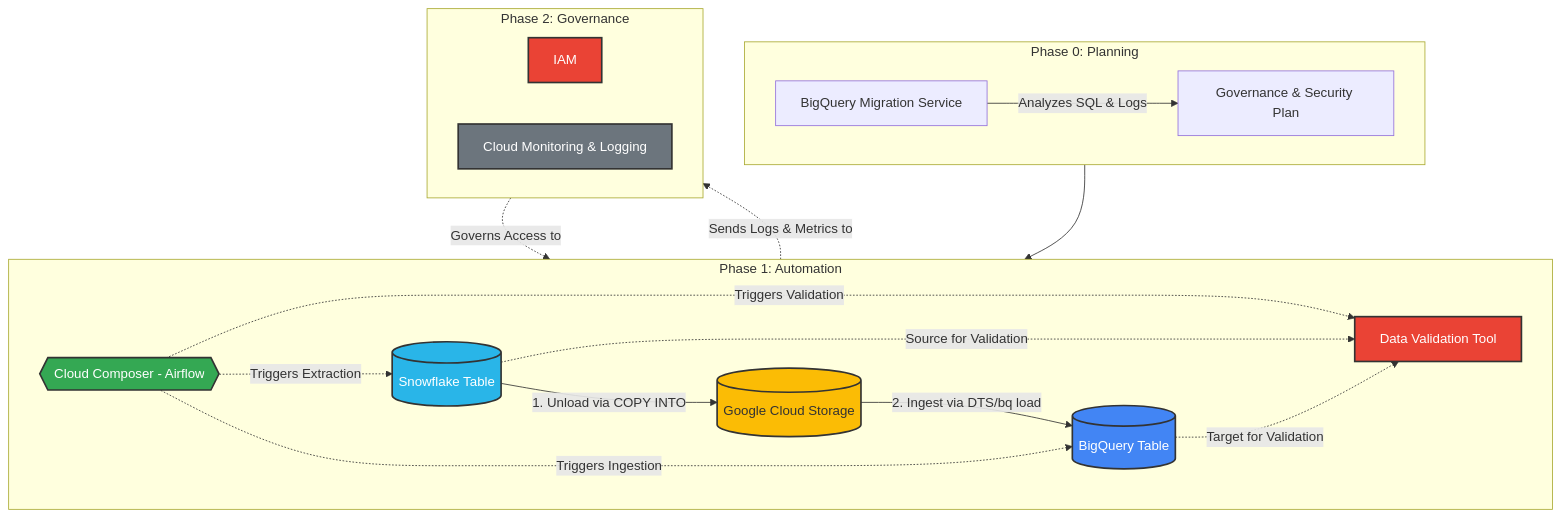
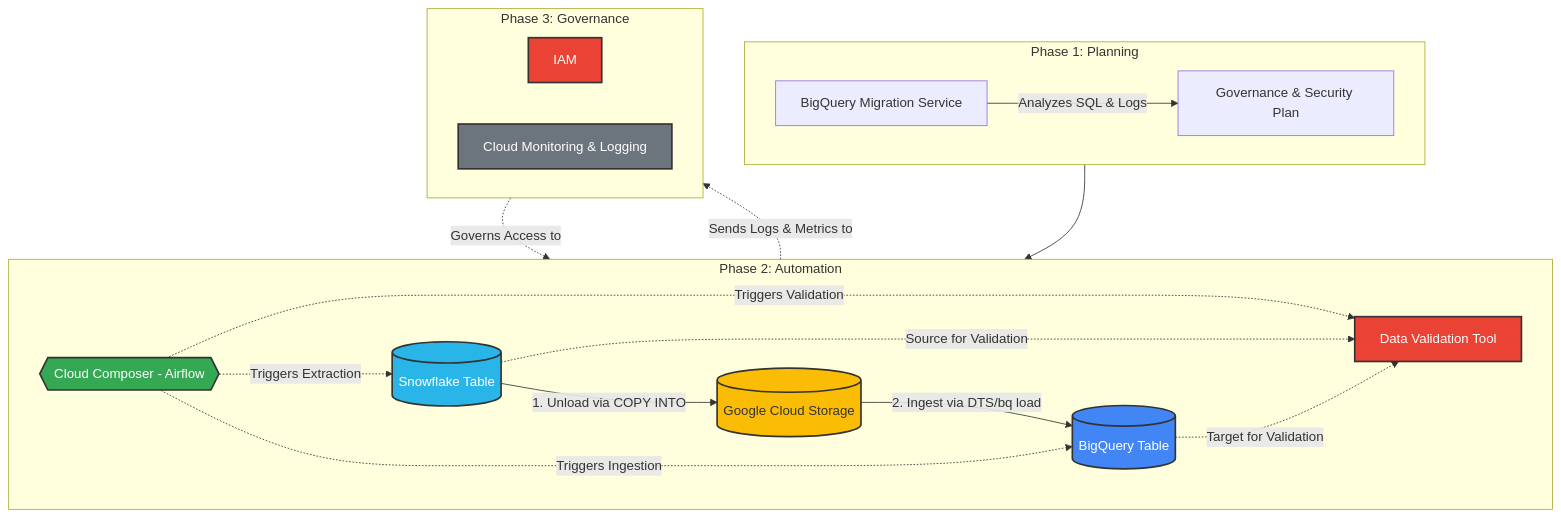
Before and after one commit to BrunoChiconato/snowflake-bigquery-migration: the diagram in README.md, drawn with Mermaid.

Commit message:
docs: align phase numbering in diagram with README text
- Updates Mermaid diagram to match textual phase numbering
- Ensures consistency between visual and written documentation

````diff
--- a/README.md
+++ b/README.md
@@ -7,43 +7,43 @@
 ```mermaid
 graph TD
     classDef snowflake fill:#29B5E8,stroke:#333,stroke-width:2px,color:#fff
     classDef gcp_storage fill:#FBBC05,stroke:#333,stroke-width:2px,color:#333
     classDef gcp_dwh fill:#4285F4,stroke:#333,stroke-width:2px,color:#fff
     classDef gcp_orchestration fill:#34A853,stroke:#333,stroke-width:2px,color:#fff
     classDef gcp_governance fill:#EA4335,stroke:#333,stroke-width:2px,color:#fff
     classDef gcp_ops fill:#6c757d,stroke:#333,stroke-width:2px,color:#fff
 
-    subgraph PHASE_0["Phase 0: Planning"]
+    subgraph PHASE_0["Phase 1: Planning"]
         direction LR
         MSVC["BigQuery Migration Service"]
         PLAN["Governance & Security Plan"]
         MSVC --> |Analyzes SQL & Logs| PLAN
     end
 
-    subgraph PIPELINE["Phase 1: Automation"]
+    subgraph PIPELINE["Phase 2: Automation"]
         COMPOSER{{Cloud Composer - Airflow}}:::gcp_orchestration
 
         direction LR
         SNOWFLAKE[(Snowflake Table)]:::snowflake -->|1. Unload via COPY INTO| GCS[(Google Cloud Storage)]:::gcp_storage
         GCS -->|2. Ingest via DTS/bq load| BIGQUERY[(BigQuery Table)]:::gcp_dwh
 
         DVT["Data Validation Tool"]:::gcp_governance
 
         COMPOSER -.->|Triggers Extraction| SNOWFLAKE
         COMPOSER -.->|Triggers Ingestion| BIGQUERY
         COMPOSER -.->|Triggers Validation| DVT
 
         SNOWFLAKE -.->|Source for Validation| DVT
         BIGQUERY -.->|Target for Validation| DVT
     end
 
-    subgraph OPS_GOV["Phase 2: Governance"]
+    subgraph OPS_GOV["Phase 3: Governance"]
         direction LR
         IAM["IAM"]:::gcp_governance
         MONLOG["Cloud Monitoring & Logging"]:::gcp_ops
     end
 
     PLAN --> PIPELINE
     IAM -.->|Governs Access to| PIPELINE
     COMPOSER -.->|Sends Logs & Metrics to| MONLOG
 ```
````
